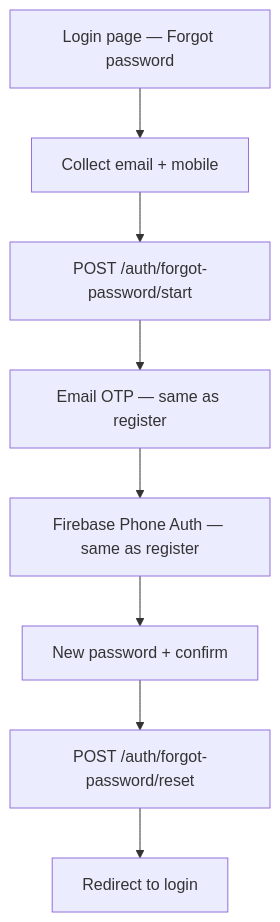
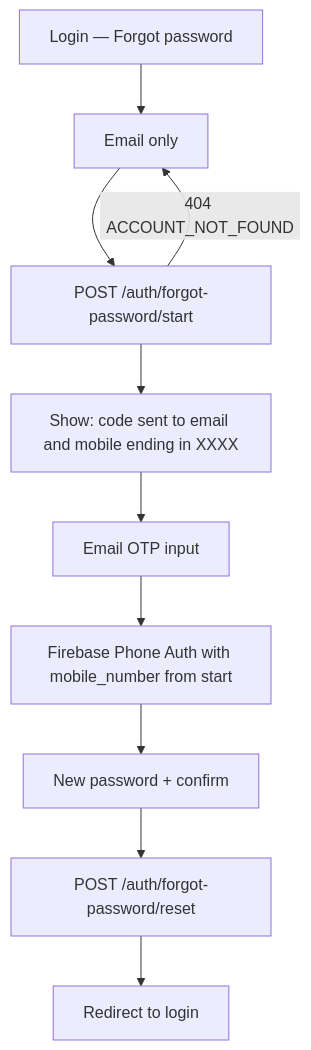
One commit to deb2000-sudo/ai-hackathon-evaluator-backend changed the second of 3 diagrams in README.md. Above: the diagram before and after it, drawn with Mermaid. The commit also changed other lines of this file and 5 other files, not shown here.

Commit message:
forgot password added

````diff
--- a/README.md
+++ b/README.md
@@ -222,10 +222,12 @@
 ```mermaid
 flowchart TD
-  A[Login page — Forgot password] --> B[Collect email + mobile]
+  A[Login — Forgot password] --> B[Email only]
   B --> C["POST /auth/forgot-password/start"]
-  C --> D[Email OTP — same as register]
-  D --> E[Firebase Phone Auth — same as register]
-  E --> F[New password + confirm]
-  F --> G["POST /auth/forgot-password/reset"]
-  G --> H[Redirect to login]
+  C -->|404 ACCOUNT_NOT_FOUND| B
+  C --> D["Show: code sent to email and mobile ending in XXXX"]
+  D --> E[Email OTP input]
+  E --> F["Firebase Phone Auth with mobile_number from start"]
+  F --> G[New password + confirm]
+  G --> H["POST /auth/forgot-password/reset"]
+  H --> I[Redirect to login]
 ```
````
